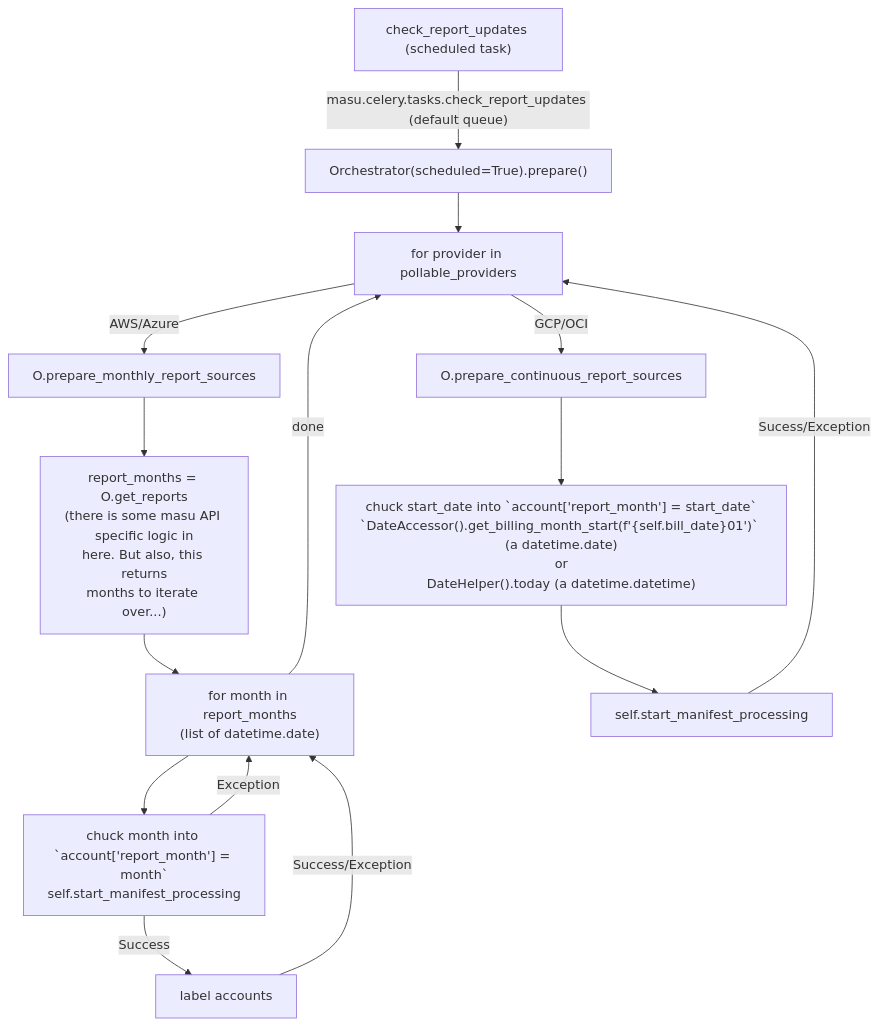
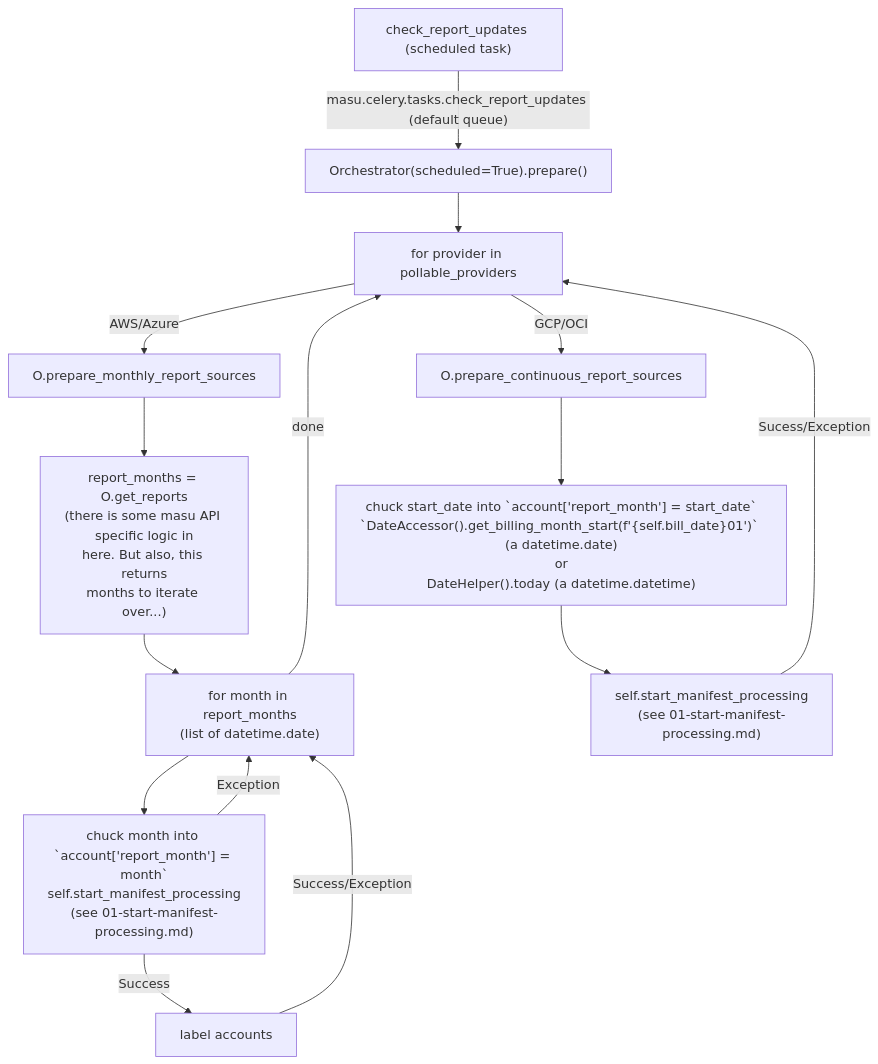
Before and after one commit to project-koku/koku: the diagram in docs/flowcharts/00-check-report-updates.md, drawn with Mermaid.

Commit message:
just leave a comment

````diff
--- a/docs/flowcharts/00-check-report-updates.md
+++ b/docs/flowcharts/00-check-report-updates.md
@@ -1,22 +1,20 @@
 ```mermaid
 
 graph
     A["check_report_updates (scheduled task)"] -->|"masu.celery.tasks.check_report_updates (default queue)"| B["Orchestrator(scheduled=True).prepare()"]
     B --> b[for provider in pollable_providers]
     b -->|AWS/Azure| C[O.prepare_monthly_report_sources]
     C --> E["report_months = O.get_reports\n(there is some masu API specific logic in\nhere. But also, this returns\nmonths to iterate over...)"]
     E --> F["for month in report_months\n(list of datetime.date)"]
-    F --> G["chuck month into `account['report_month'] = month`\nself.start_manifest_processing"]
+    F --> G["chuck month into `account['report_month'] = month`\nself.start_manifest_processing\n(see 01-start-manifest-processing.md)"]
     G -->|Success| H[label accounts]
     H -->|Success/Exception| F
     G -->|Exception| F
     F -->|done| b
 
 
     b -->|GCP/OCI| D[O.prepare_continuous_report_sources]
     D --> I["chuck start_date into `account['report_month'] = start_date`\n`DateAccessor().get_billing_month_start(f'{self.bill_date}01')` (a datetime.date)\nor\nDateHelper().today (a datetime.datetime)"]
-    I --> J[self.start_manifest_processing]
+    I --> J["self.start_manifest_processing\n(see 01-start-manifest-processing.md)"]
     J -->|Sucess/Exception| b
-
-    click G 01-start-manifest-processing.md
 ```
````
